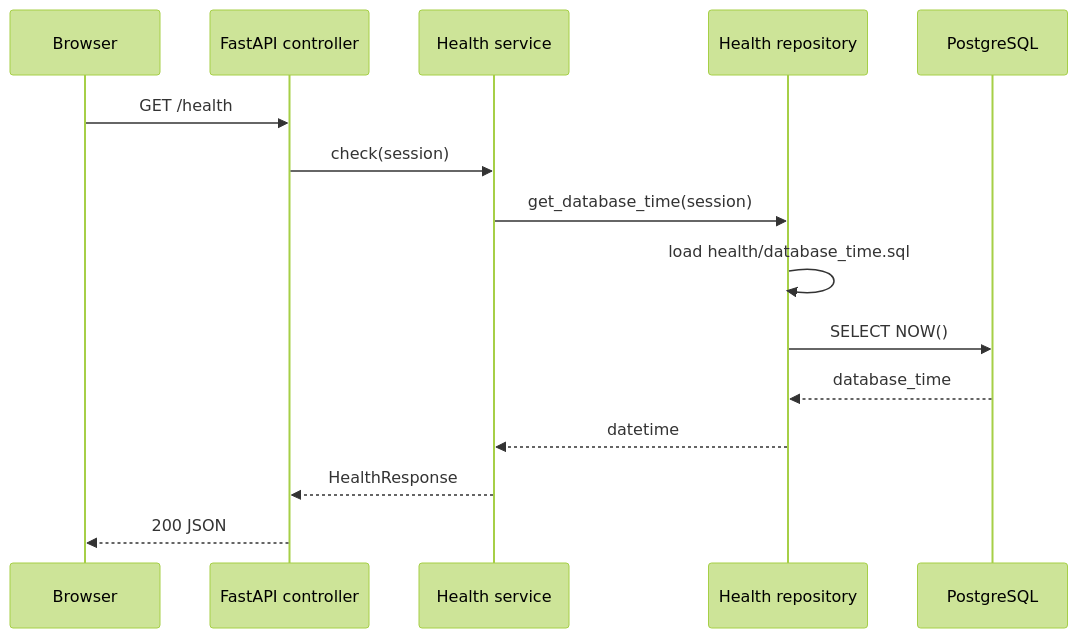
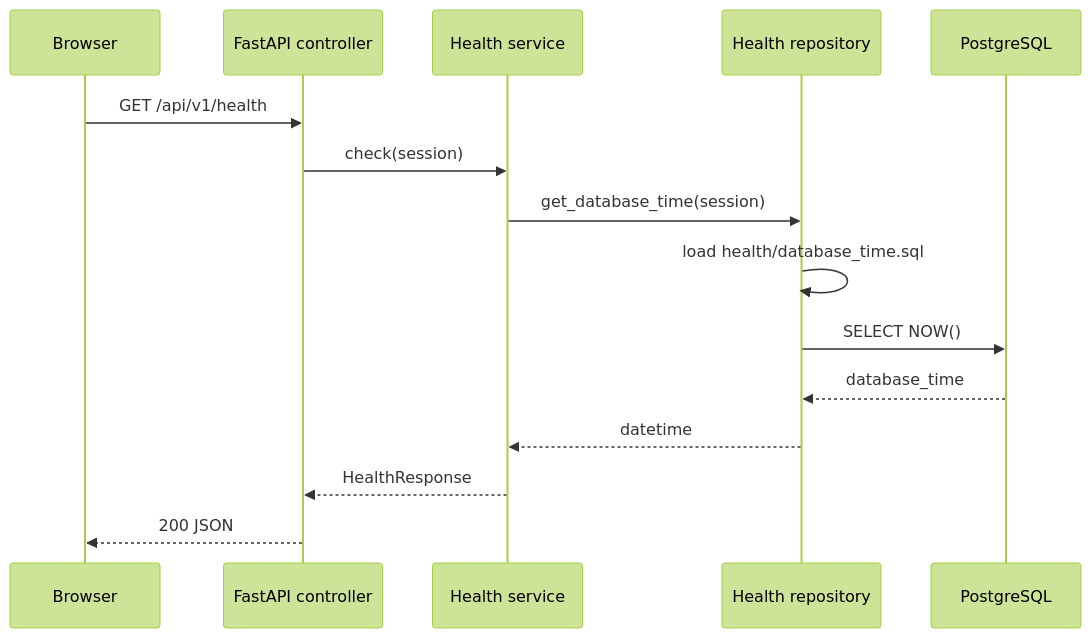
The diagram in backend/app/docs/health-sequence.md (paarthsaxena-1909/Train_Me_AI), drawn with Mermaid (forest theme) before and after one commit. The commit also changed 4 other files, not shown here.

Commit message:
Add versioned API prefix to health routes and update documentation

````diff
--- a/backend/app/docs/health-sequence.md
+++ b/backend/app/docs/health-sequence.md
@@ -7,18 +7,18 @@
 ```mermaid
 sequenceDiagram
     participant Browser
     participant API as FastAPI controller
     participant Service as Health service
     participant Repo as Health repository
     participant DB as PostgreSQL
 
-    Browser->>API: GET /health
+    Browser->>API: GET /api/v1/health
     API->>Service: check(session)
     Service->>Repo: get_database_time(session)
     Repo->>Repo: load health/database_time.sql
     Repo->>DB: SELECT NOW()
     DB-->>Repo: database_time
     Repo-->>Service: datetime
     Service-->>API: HealthResponse
     API-->>Browser: 200 JSON
 ```
````
